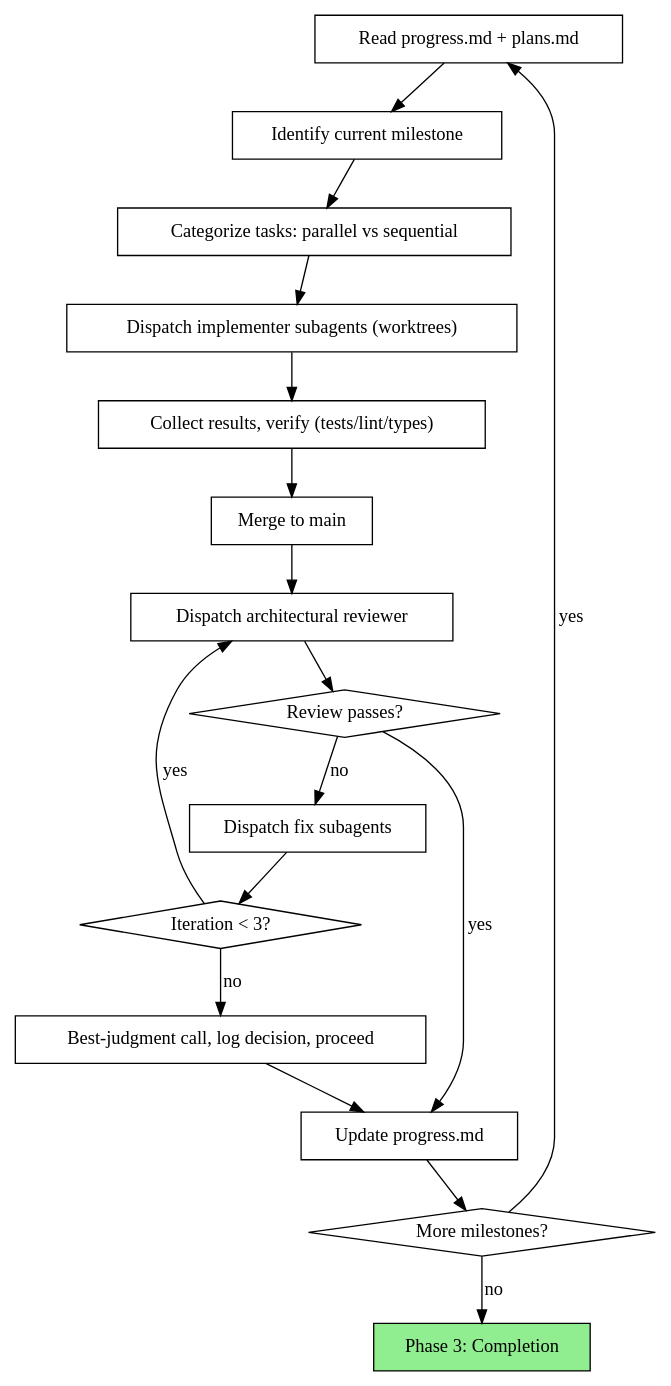
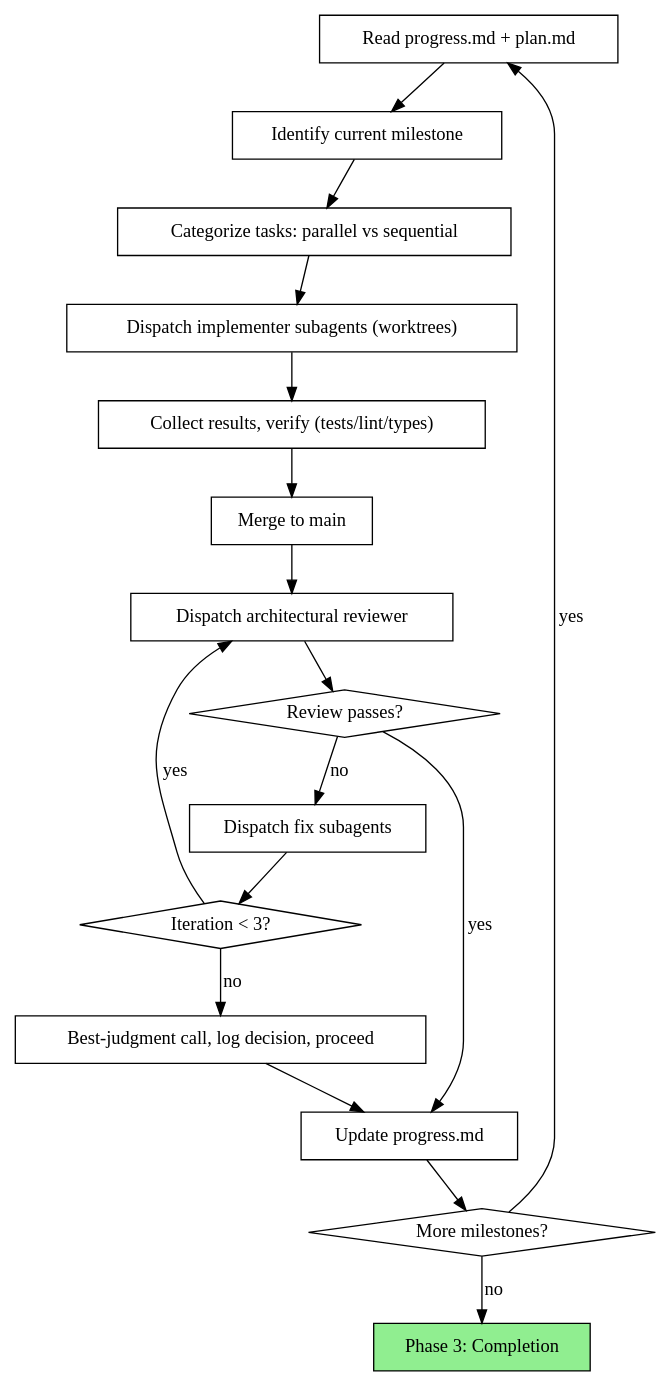
One commit to vadimcomanescu/agents-skills changed the diagram in skills/arianna-autonomous-agent/SKILL.md. Above: the diagram before and after it, drawn with Graphviz. The commit also changed other lines of this file and 10 other files, not shown here.

````diff
--- a/skills/arianna-autonomous-agent/SKILL.md
+++ b/skills/arianna-autonomous-agent/SKILL.md
@@ -69,37 +59,37 @@
 ```dot
 digraph orchestration {
     rankdir=TB;
 
-    "Read progress.md + plans.md" [shape=box];
+    "Read progress.md + plan.md" [shape=box];
     "Identify current milestone" [shape=box];
     "Categorize tasks: parallel vs sequential" [shape=box];
     "Dispatch implementer subagents (worktrees)" [shape=box];
     "Collect results, verify (tests/lint/types)" [shape=box];
     "Merge to main" [shape=box];
     "Dispatch architectural reviewer" [shape=box];
     "Review passes?" [shape=diamond];
     "Dispatch fix subagents" [shape=box];
     "Iteration < 3?" [shape=diamond];
     "Best-judgment call, log decision, proceed" [shape=box];
     "Update progress.md" [shape=box];
     "More milestones?" [shape=diamond];
     "Phase 3: Completion" [shape=box style=filled fillcolor=lightgreen];
 
-    "Read progress.md + plans.md" -> "Identify current milestone";
+    "Read progress.md + plan.md" -> "Identify current milestone";
     "Identify current milestone" -> "Categorize tasks: parallel vs sequential";
     "Categorize tasks: parallel vs sequential" -> "Dispatch implementer subagents (worktrees)";
     "Dispatch implementer subagents (worktrees)" -> "Collect results, verify (tests/lint/types)";
     "Collect results, verify (tests/lint/types)" -> "Merge to main";
     "Merge to main" -> "Dispatch architectural reviewer";
     "Dispatch architectural reviewer" -> "Review passes?";
     "Review passes?" -> "Update progress.md" [label="yes"];
     "Review passes?" -> "Dispatch fix subagents" [label="no"];
     "Dispatch fix subagents" -> "Iteration < 3?";
     "Iteration < 3?" -> "Dispatch architectural reviewer" [label="yes"];
     "Iteration < 3?" -> "Best-judgment call, log decision, proceed" [label="no"];
     "Best-judgment call, log decision, proceed" -> "Update progress.md";
     "Update progress.md" -> "More milestones?";
-    "More milestones?" -> "Read progress.md + plans.md" [label="yes"];
+    "More milestones?" -> "Read progress.md + plan.md" [label="yes"];
     "More milestones?" -> "Phase 3: Completion" [label="no"];
 }
 ```
````
